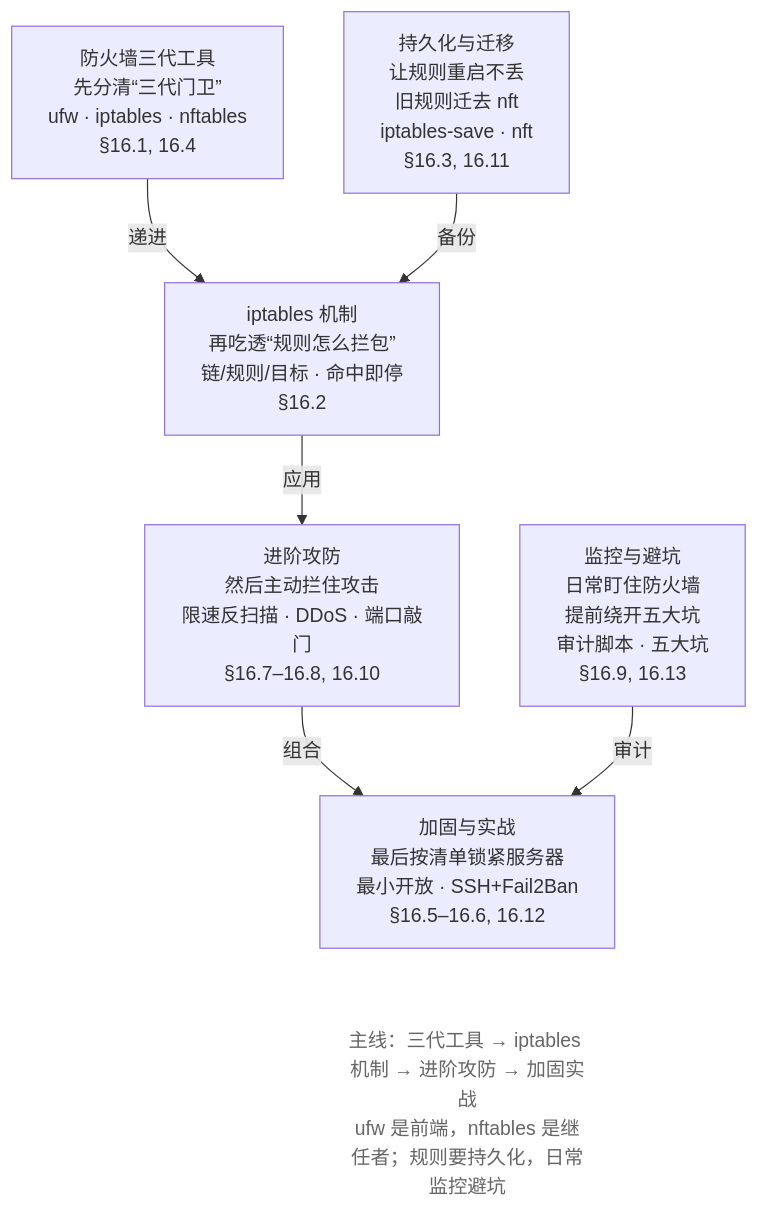
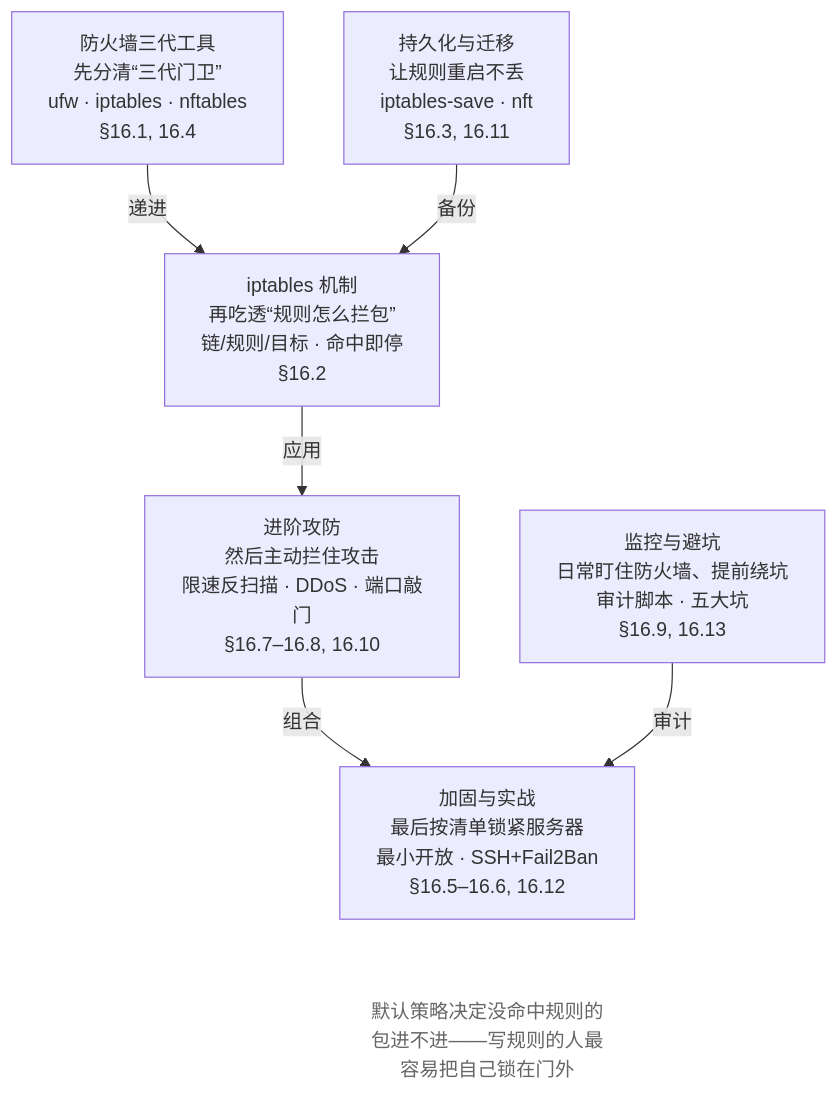
One commit to wangxiangnan/wangxiangnan.github.io changed the first of 3 diagrams in src/linux-command/ch16.md. Above: the diagram before and after it, drawn with Mermaid. The commit also changed other lines of this file and 25 other files, not shown here.

````diff
--- a/src/linux-command/ch16.md
+++ b/src/linux-command/ch16.md
@@ -14,20 +14,20 @@
 ```mermaid
 flowchart TB
     A["防火墙三代工具<br>先分清“三代门卫”<br>ufw · iptables · nftables<br>§16.1, 16.4"]
-    B["持久化与迁移<br>让规则重启不丢<br>旧规则迁去 nft<br>iptables-save · nft<br>§16.3, 16.11"]
+    B["持久化与迁移<br>让规则重启不丢<br>iptables-save · nft<br>§16.3, 16.11"]
     C["iptables 机制<br>再吃透“规则怎么拦包”<br>链/规则/目标 · 命中即停<br>§16.2"]
     D["进阶攻防<br>然后主动拦住攻击<br>限速反扫描 · DDoS · 端口敲门<br>§16.7–16.8, 16.10"]
-    E["监控与避坑<br>日常盯住防火墙<br>提前绕开五大坑<br>审计脚本 · 五大坑<br>§16.9, 16.13"]
+    E["监控与避坑<br>日常盯住防火墙、提前绕坑<br>审计脚本 · 五大坑<br>§16.9, 16.13"]
     F["加固与实战<br>最后按清单锁紧服务器<br>最小开放 · SSH+Fail2Ban<br>§16.5–16.6, 16.12"]
-    NOTE["主线：三代工具 → iptables 机制 → 进阶攻防 → 加固实战<br>ufw 是前端，nftables 是继任者；规则要持久化，日常监控避坑"]
+    NOTE["默认策略决定没命中规则的包进不进——写规则的人最容易把自己锁在门外"]
 
     A -->|递进| C
     C -->|应用| D
     D -->|组合| F
     B -->|备份| C
     E -->|审计| F
     F ~~~ NOTE
 
     classDef note fill:none,stroke:none,color:#666
     class NOTE note
 ```
````
